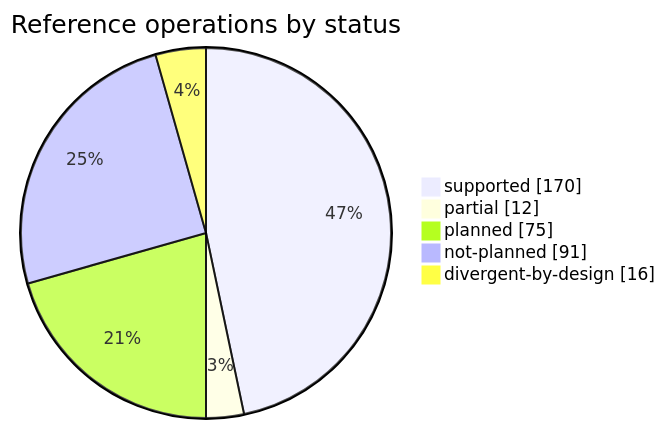
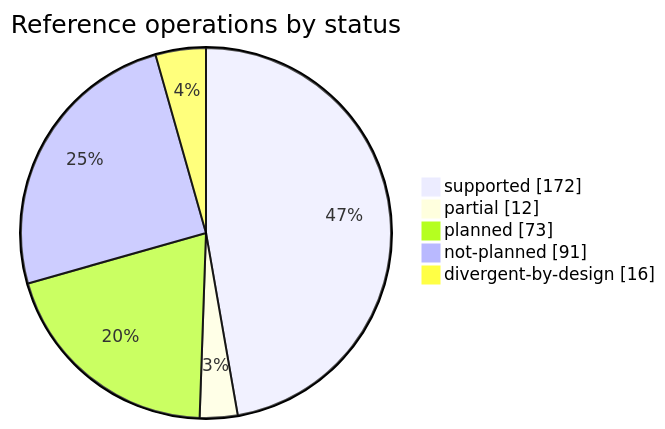
One commit to rafaelvieiras/tinyfin changed the first of 2 diagrams in docs/COVERAGE.md. Above: the diagram before and after it, drawn with Mermaid. The commit also changed other lines of this file and 21 other files, not shown here.

````diff
--- a/docs/COVERAGE.md
+++ b/docs/COVERAGE.md
@@ -32,8 +32,8 @@
 ```mermaid
 pie showData title Reference operations by status
-    "supported" : 170
+    "supported" : 172
     "partial" : 12
-    "planned" : 75
+    "planned" : 73
     "not-planned" : 91
     "divergent-by-design" : 16
 ```
````
